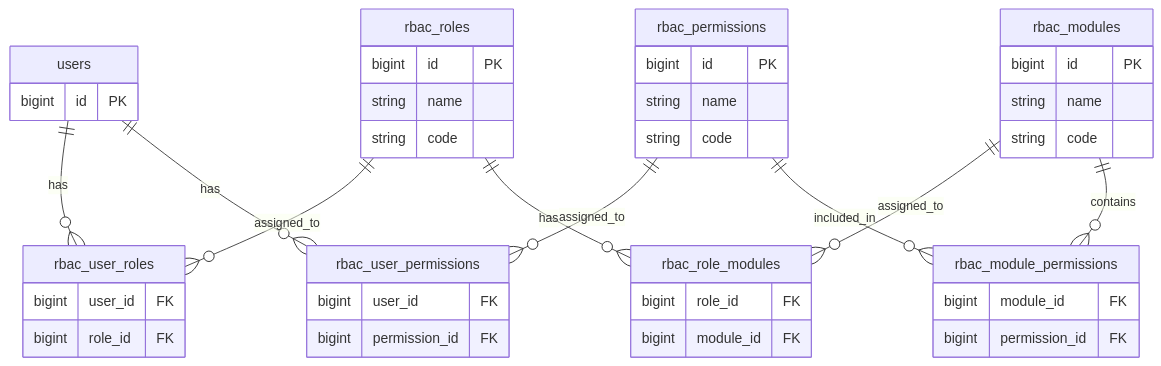
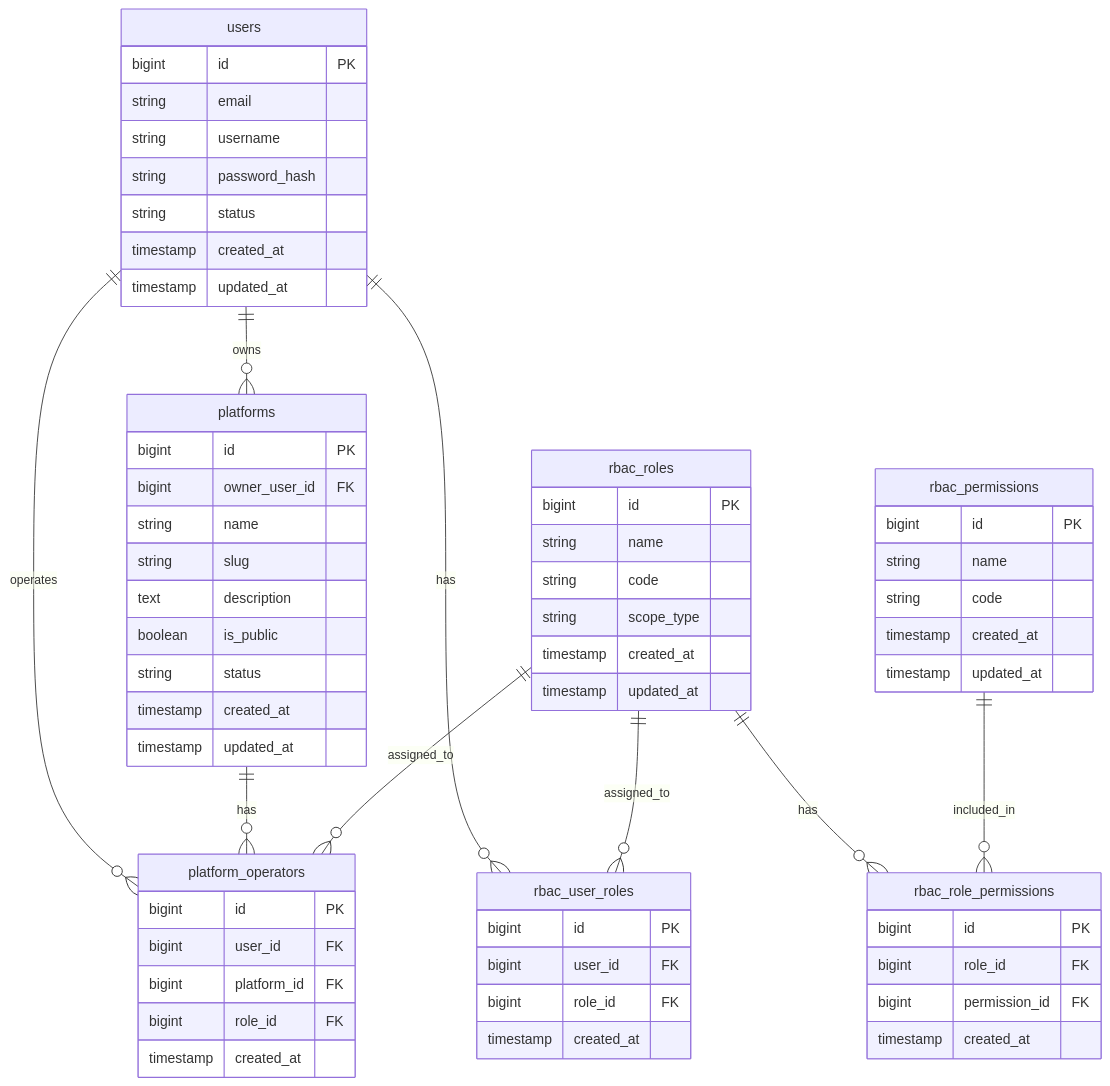
Before and after one commit to wardhana-org/ekstra: the diagram in docs/database/table.md, drawn with Mermaid.

Commit message:
update: schema design update. added tenency/platform correlation with rbac impl. simplified rbac impl by removing modules and making roles direcly refer to permissions

````diff
--- a/docs/database/table.md
+++ b/docs/database/table.md
@@ -3,56 +3,75 @@
 ```mermaid
 erDiagram
     users {
         bigint id PK
+        string email
+        string username
+        string password_hash
+        string status
+        timestamp created_at
+        timestamp updated_at
+    }
+
+    platforms {
+        bigint id PK
+        bigint owner_user_id FK
+        string name
+        string slug
+        text description
+        boolean is_public
+        string status
+        timestamp created_at
+        timestamp updated_at
     }
 
     rbac_roles {
         bigint id PK
         string name
         string code
+        string scope_type
+        timestamp created_at
+        timestamp updated_at
     }
 
     rbac_permissions {
         bigint id PK
         string name
         string code
+        timestamp created_at
+        timestamp updated_at
     }
 
-    rbac_modules {
+    rbac_role_permissions {
         bigint id PK
-        string name
-        string code
+        bigint role_id FK
+        bigint permission_id FK
+        timestamp created_at
     }
 
     rbac_user_roles {
+        bigint id PK
         bigint user_id FK
         bigint role_id FK
+        timestamp created_at
     }
 
-    rbac_user_permissions {
+    platform_operators {
+        bigint id PK
         bigint user_id FK
-        bigint permission_id FK
+        bigint platform_id FK
+        bigint role_id FK
+        timestamp created_at
     }
 
-    rbac_role_modules {
-        bigint role_id FK
-        bigint module_id FK
-    }
+    users ||--o{ platforms : owns
+    users ||--o{ rbac_user_roles : has
+    users ||--o{ platform_operators : operates
 
-    rbac_module_permissions {
-        bigint module_id FK
-        bigint permission_id FK
-    }
+    platforms ||--o{ platform_operators : has
 
-    users ||--o{ rbac_user_roles : has
     rbac_roles ||--o{ rbac_user_roles : assigned_to
+    rbac_roles ||--o{ platform_operators : assigned_to
+    rbac_roles ||--o{ rbac_role_permissions : has
 
-    users ||--o{ rbac_user_permissions : has
-    rbac_permissions ||--o{ rbac_user_permissions : assigned_to
-
-    rbac_roles ||--o{ rbac_role_modules : has
-    rbac_modules ||--o{ rbac_role_modules : assigned_to
-
-    rbac_modules ||--o{ rbac_module_permissions : contains
-    rbac_permissions ||--o{ rbac_module_permissions : included_in
+    rbac_permissions ||--o{ rbac_role_permissions : included_in
 ```
````
